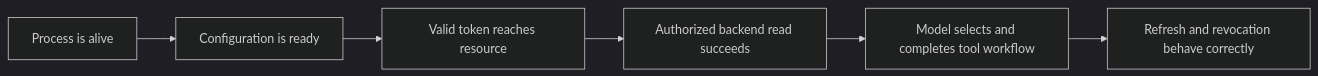
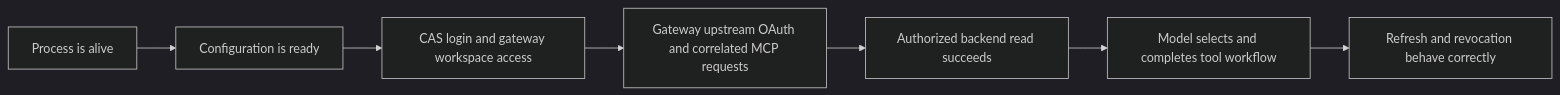
Before and after one commit to cdot65/prisma-airs-reference-architecture: the second of 2 diagrams in docs/operations.md, drawn with Mermaid (dark theme). The commit also changed other lines of this file and 15 other files, not shown here.

Commit message:
Align all lessons and labs with required gateway MCP and alpha14 status

````diff
--- a/docs/operations.md
+++ b/docs/operations.md
@@ -44,10 +45,11 @@
 ```mermaid
 flowchart LR
     accTitle: Layers of acceptance evidence
     accDescr: Process health is followed by configuration readiness, OAuth resource access, authorized backend reads, model-selected tool workflows, and lifecycle checks.
     process["Process is alive"] --> config["Configuration is ready"]
-    config --> oauth["Valid token reaches resource"]
-    oauth --> tool["Authorized backend read succeeds"]
+    config --> oauth["CAS login and gateway workspace access"]
+    oauth --> upstream["Gateway upstream OAuth and correlated MCP requests"]
+    upstream --> tool["Authorized backend read succeeds"]
     tool --> agent["Model selects and completes tool workflow"]
     agent --> lifecycle["Refresh and revocation behave correctly"]
 ```
````
